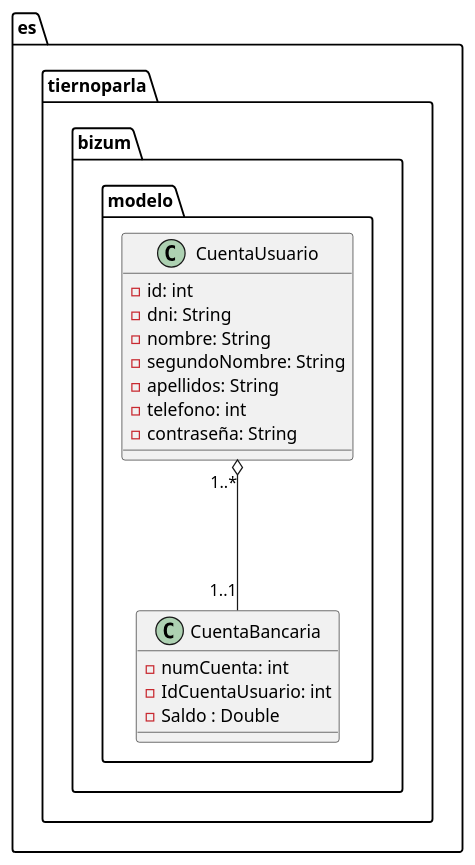
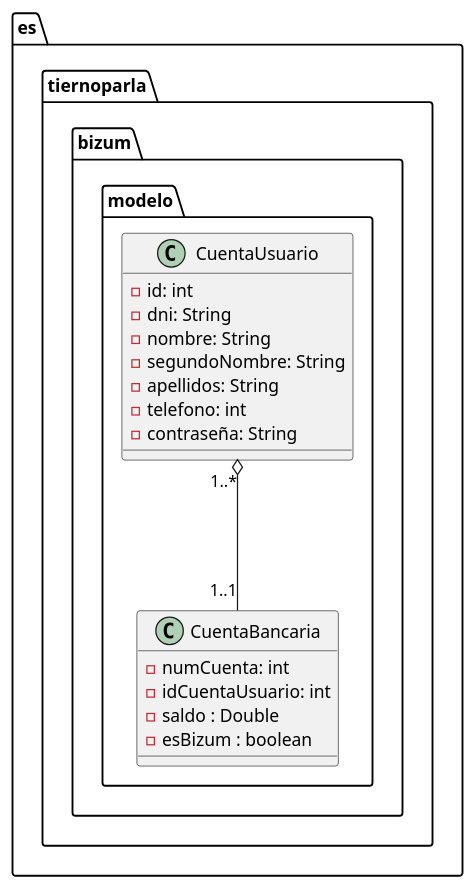
The fifth of 5 diagrams in README.md (ljhonyl/bizum), drawn with PlantUML before and after one commit. The commit also changed other lines of this file and 7 other files, not shown here.

`````diff
--- a/README.md
+++ b/README.md
@@ -114,22 +130,23 @@
 ````plantuml
 @startuml
 package es.tiernoparla.bizum.modelo{
   class CuentaUsuario{
     - id: int
     - dni: String
     - nombre: String
     - segundoNombre: String
     - apellidos: String
     - telefono: int
     - contraseña: String
   }
 
   class CuentaBancaria{
     - numCuenta: int
-    - IdCuentaUsuario: int
-    - Saldo : Double
+    - idCuentaUsuario: int
+    - saldo : Double
+    - esBizum : boolean
   }
   CuentaUsuario "1..*" o--- "1..1"CuentaBancaria 
 }
 @enduml
 ````
`````
